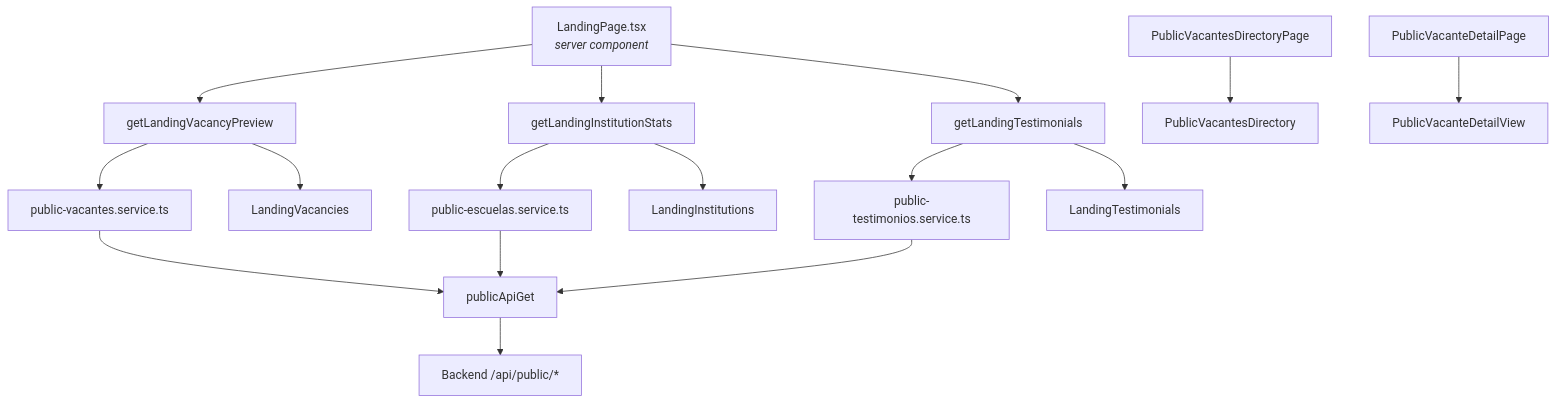
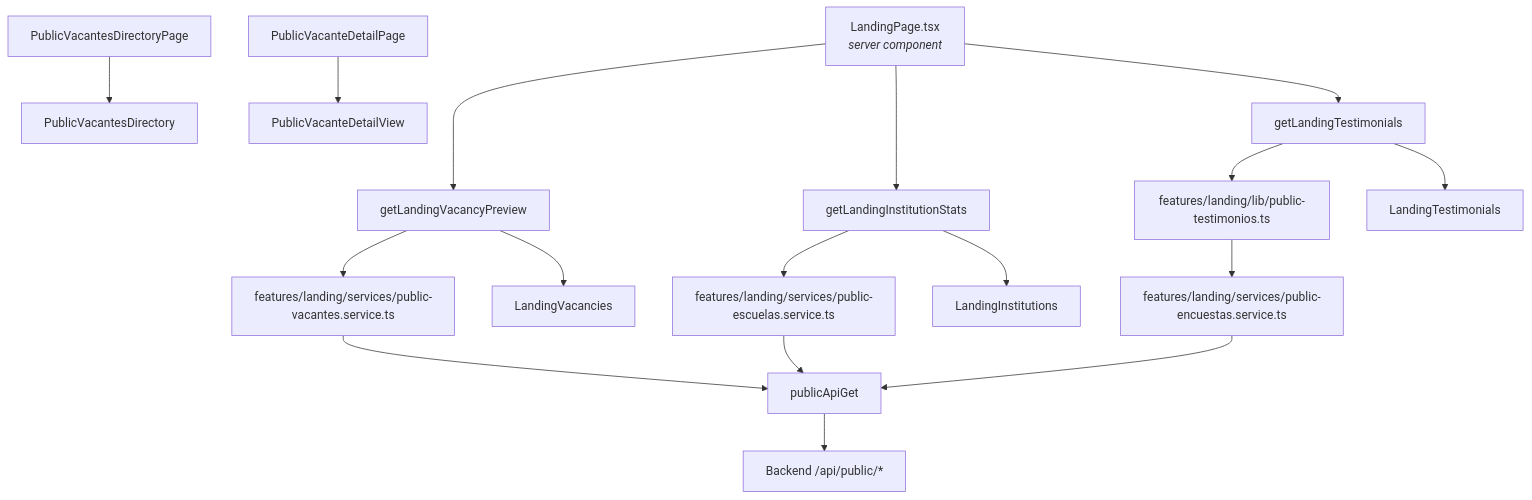
The fourth of 8 diagrams in docs/ARQUITECTURA.md (mariasan001/front-servicio-social), drawn with Mermaid before and after one commit. The commit also changed other lines of this file and 7 other files, not shown here.

````diff
--- a/docs/ARQUITECTURA.md
+++ b/docs/ARQUITECTURA.md
@@ -280,21 +281,23 @@
 ```mermaid
 flowchart TD
   LP["LandingPage.tsx<br/><i>server component</i>"]
   LP --> V[getLandingVacancyPreview]
   LP --> E[getLandingInstitutionStats]
   LP --> T[getLandingTestimonials]
 
-  V --> S1[public-vacantes.service.ts]
-  E --> S2[public-escuelas.service.ts]
-  T --> S3[public-testimonios.service.ts]
+  V --> S1[features/landing/services/public-vacantes.service.ts]
+  E --> S2[features/landing/services/public-escuelas.service.ts]
+  T --> S3[features/landing/lib/public-testimonios.ts]
 
-  S1 & S2 & S3 --> PR[publicApiGet]
+  S1 & S2 --> PR[publicApiGet]
+  S3 --> ENC[features/landing/services/public-encuestas.service.ts]
+  ENC --> PR
   PR --> BE["Backend /api/public/*"]
 
   V --> LV[LandingVacancies]
   E --> LI[LandingInstitutions]
   T --> LT[LandingTestimonials]
 
   PV["PublicVacantesDirectoryPage"] --> DIR[PublicVacantesDirectory]
   PD["PublicVacanteDetailPage"] --> DET[PublicVacanteDetailView]
 ```
````
